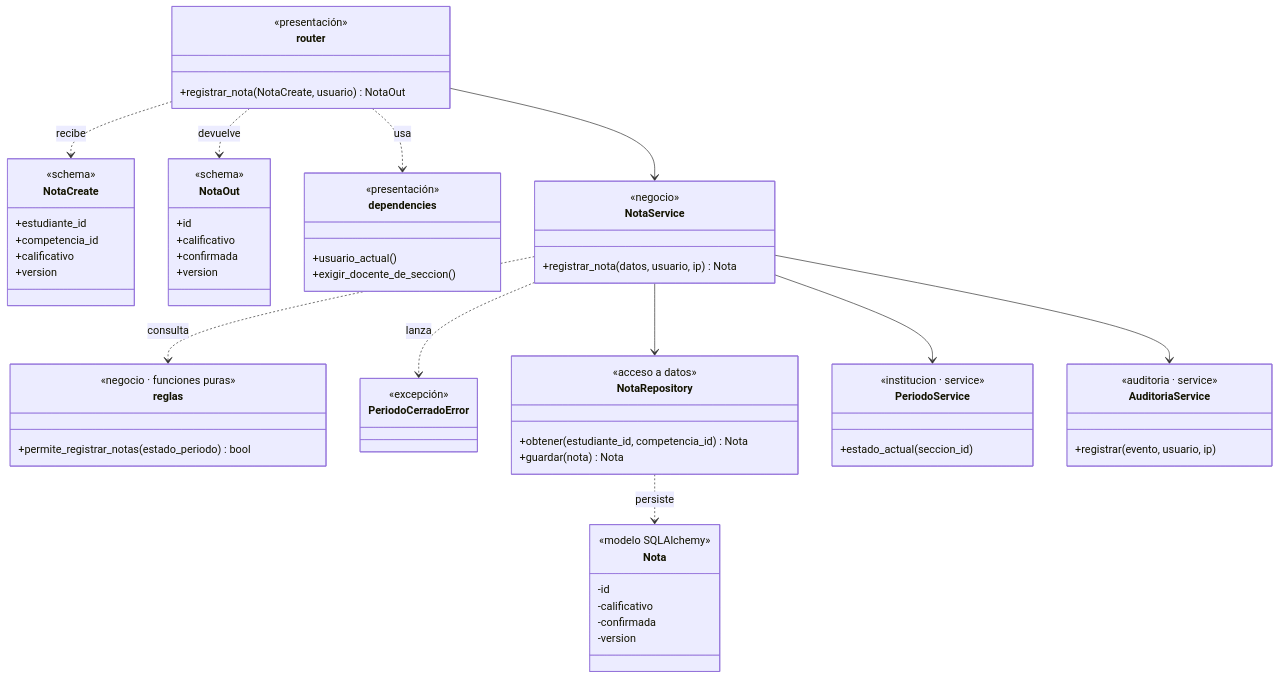
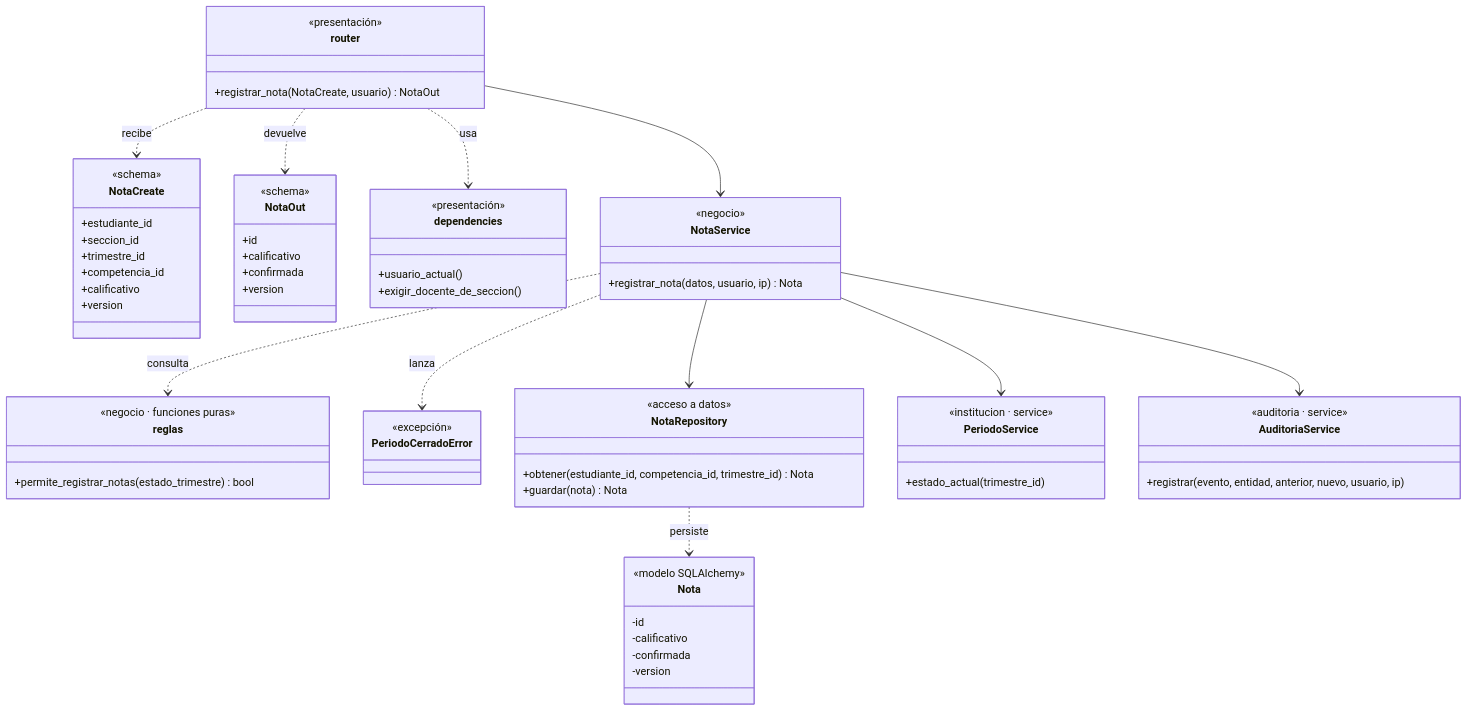
One commit to HafidJoss/PORTAL_DE_SERVICIOS_ESTUDIANTILES changed the second of 3 diagrams in docs/03-diseno-de-software/01-diseno-interno-de-modulos.md. Above: the diagram before and after it, drawn with Mermaid. The commit also changed other lines of this file and 2 other files, not shown here.

````diff
--- a/docs/03-diseno-de-software/01-diseno-interno-de-modulos.md
+++ b/docs/03-diseno-de-software/01-diseno-interno-de-modulos.md
@@ -98,69 +98,71 @@
 ```mermaid
 classDiagram
     direction TB
     class NotaCreate {
         <<schema>>
         +estudiante_id
+        +seccion_id
+        +trimestre_id
         +competencia_id
         +calificativo
         +version
     }
     class NotaOut {
         <<schema>>
         +id
         +calificativo
         +confirmada
         +version
     }
     class router {
         <<presentación>>
         +registrar_nota(NotaCreate, usuario) NotaOut
     }
     class dependencies {
         <<presentación>>
         +usuario_actual()
         +exigir_docente_de_seccion()
     }
     class NotaService {
         <<negocio>>
         +registrar_nota(datos, usuario, ip) Nota
     }
     class reglas {
         <<negocio · funciones puras>>
-        +permite_registrar_notas(estado_periodo) bool
+        +permite_registrar_notas(estado_trimestre) bool
     }
     class PeriodoCerradoError {
         <<excepción>>
     }
     class NotaRepository {
         <<acceso a datos>>
-        +obtener(estudiante_id, competencia_id) Nota
+        +obtener(estudiante_id, competencia_id, trimestre_id) Nota
         +guardar(nota) Nota
     }
     class Nota {
         <<modelo SQLAlchemy>>
         -id
         -calificativo
         -confirmada
         -version
     }
     class PeriodoService {
         <<institucion · service>>
-        +estado_actual(seccion_id)
+        +estado_actual(trimestre_id)
     }
     class AuditoriaService {
         <<auditoria · service>>
-        +registrar(evento, usuario, ip)
+        +registrar(evento, entidad, anterior, nuevo, usuario, ip)
     }
 
     router ..> NotaCreate : recibe
     router ..> NotaOut : devuelve
     router ..> dependencies : usa
     router --> NotaService
     NotaService ..> reglas : consulta
     NotaService ..> PeriodoCerradoError : lanza
     NotaService --> NotaRepository
     NotaService --> PeriodoService
     NotaService --> AuditoriaService
     NotaRepository ..> Nota : persiste
 ```
````
